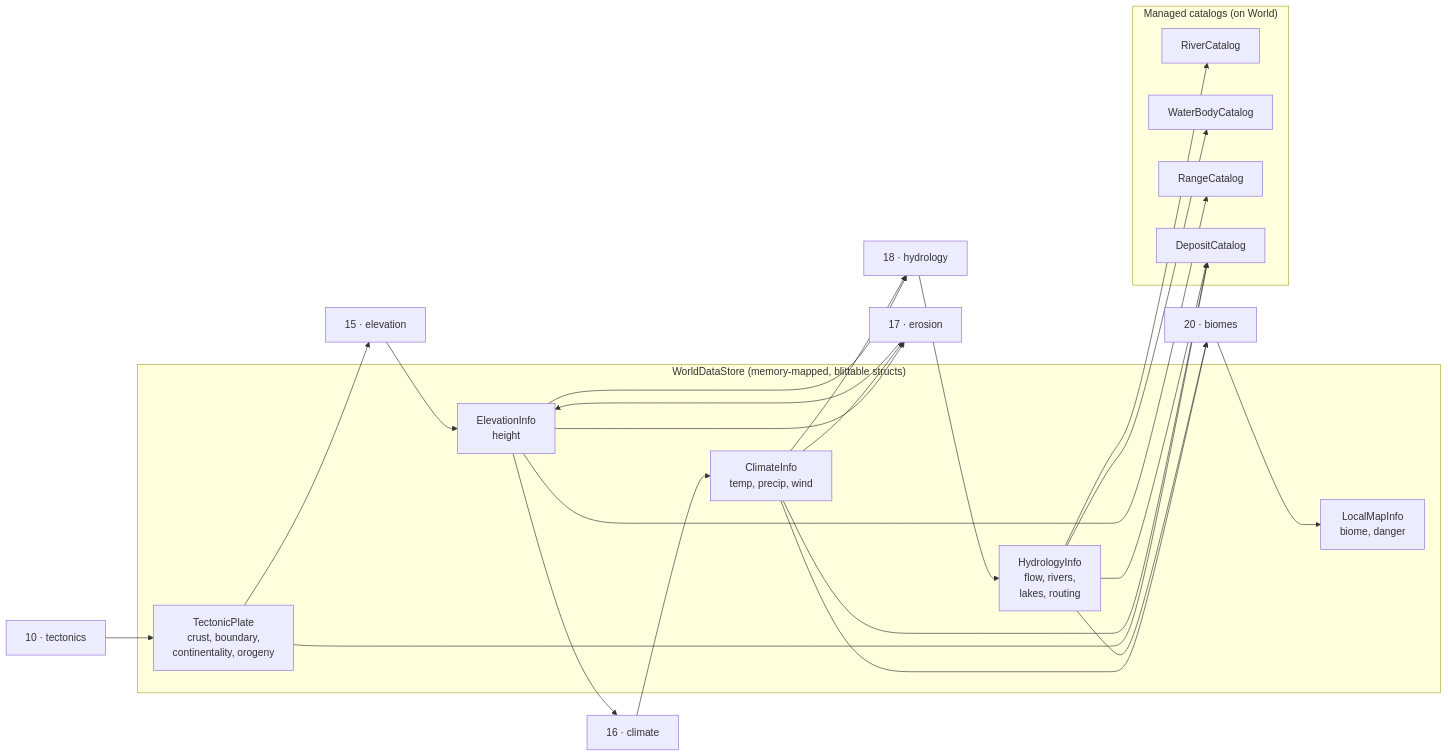
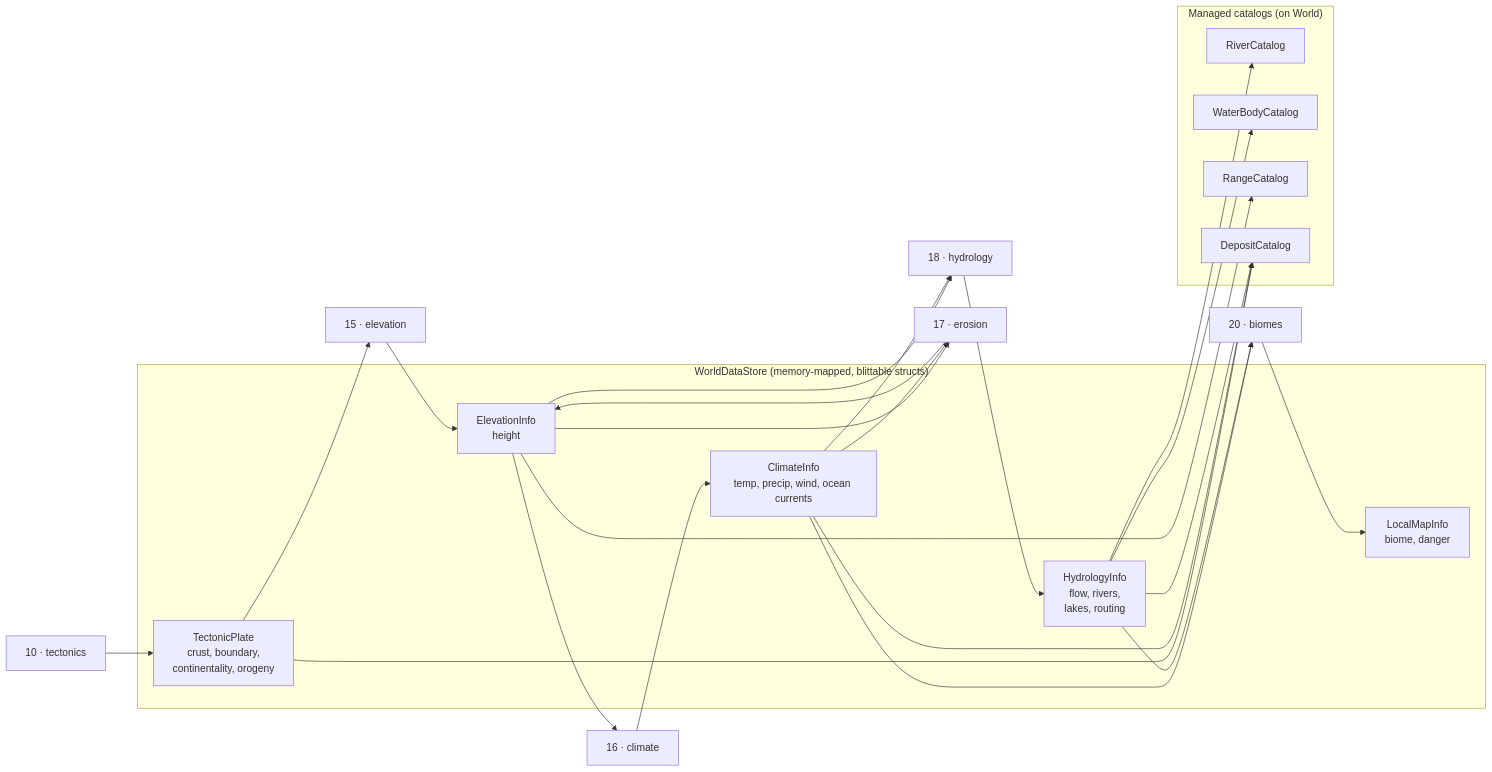
One commit to myarichuk/RoguelikeToolkit.World changed the second of 5 diagrams in docs/ARCHITECTURE.md. Above: the diagram before and after it, drawn with Mermaid. The commit also changed 10 other files, not shown here.

````diff
--- a/docs/ARCHITECTURE.md
+++ b/docs/ARCHITECTURE.md
@@ -61,35 +61,35 @@
 ```mermaid
 flowchart LR
     subgraph store["WorldDataStore (memory-mapped, blittable structs)"]
         T["TectonicPlate<br/>crust, boundary,<br/>continentality, orogeny"]
         E["ElevationInfo<br/>height"]
-        C["ClimateInfo<br/>temp, precip, wind"]
+        C["ClimateInfo<br/>temp, precip, wind, ocean currents"]
         H["HydrologyInfo<br/>flow, rivers,<br/>lakes, routing"]
         B["LocalMapInfo<br/>biome, danger"]
     end
     subgraph cats["Managed catalogs (on World)"]
         RC["RiverCatalog"]
         WB["WaterBodyCatalog"]
         RG["RangeCatalog"]
         DP["DepositCatalog"]
     end
 
     S10["10 · tectonics"] --> T
     T --> S15["15 · elevation"]
     S15 --> E
     E --> S16["16 · climate"]
     S16 --> C
     E --> S17["17 · erosion"]
     C --> S17
     S17 --> E
     E --> S18["18 · hydrology"]
     C --> S18
     S18 --> H
     H --> RC
     H --> WB
     E --> RG
     C --> S20["20 · biomes"]
     H --> S20
     S20 --> B
     T & C & H --> DP
 ```
````
